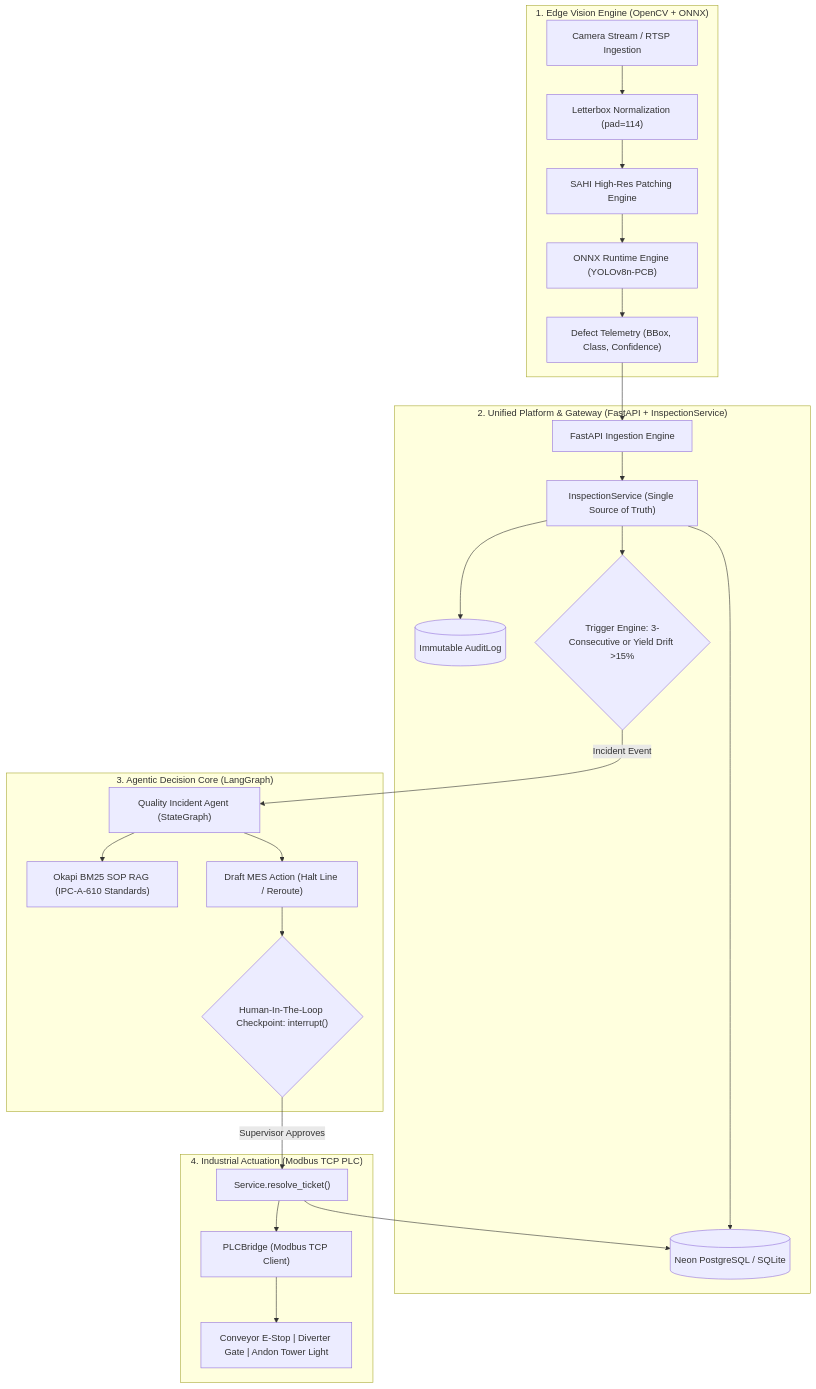
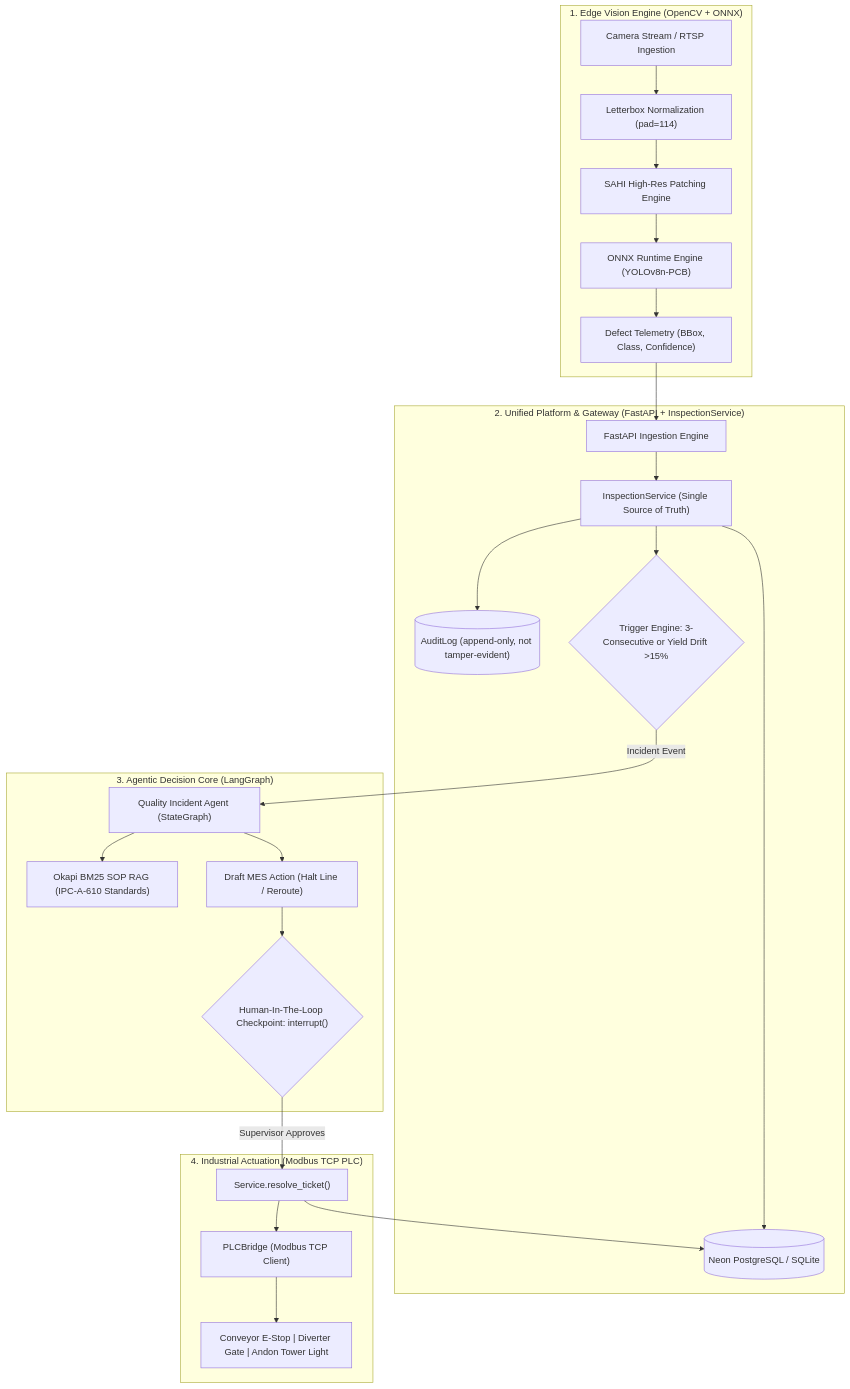
Before and after one commit to imtarget05/ApexInspect-AI: the diagram in README.md, drawn with Mermaid. The commit also changed other lines of this file and 12 other files, not shown here.

````diff
--- a/README.md
+++ b/README.md
@@ -36,31 +36,31 @@
 ```mermaid
 flowchart TD
     subgraph VisionLayer ["1. Edge Vision Engine (OpenCV + ONNX)"]
         Cam["Camera Stream / RTSP Ingestion"] --> Pre["Letterbox Normalization (pad=114)"]
         Pre --> Patching["SAHI High-Res Patching Engine"]
         Patching --> Infer["ONNX Runtime Engine (YOLOv8n-PCB)"]
         Infer --> Telemetry["Defect Telemetry (BBox, Class, Confidence)"]
     end
 
     subgraph ServiceLayer ["2. Unified Platform & Gateway (FastAPI + InspectionService)"]
         Telemetry --> Ingest["FastAPI Ingestion Engine"]
         Ingest --> Service["InspectionService (Single Source of Truth)"]
         Service --> DB[("Neon PostgreSQL / SQLite")]
-        Service --> Audit[("Immutable AuditLog")]
+        Service --> Audit[("AuditLog (append-only, not tamper-evident)")]
         Service --> Trigger{"Trigger Engine: 3-Consecutive or Yield Drift >15%"}
     end
 
     subgraph AgenticAutomation ["3. Agentic Decision Core (LangGraph)"]
         Trigger -->|Incident Event| Agent["Quality Incident Agent (StateGraph)"]
         Agent --> RAG["Okapi BM25 SOP RAG (IPC-A-610 Standards)"]
         Agent --> Propose["Draft MES Action (Halt Line / Reroute)"]
         Propose --> HITL{"Human-In-The-Loop Checkpoint: interrupt()"}
     end
 
     subgraph IndustrialOT ["4. Industrial Actuation (Modbus TCP PLC)"]
         HITL -->|Supervisor Approves| MES["Service.resolve_ticket()"]
         MES --> PLC["PLCBridge (Modbus TCP Client)"]
         PLC --> Actuators["Conveyor E-Stop | Diverter Gate | Andon Tower Light"]
         MES --> DB
     end
 ```
````
